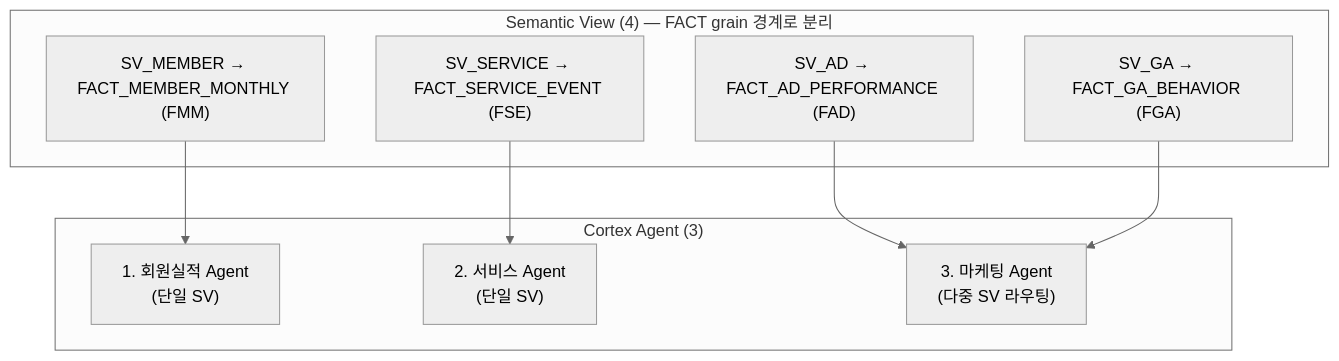
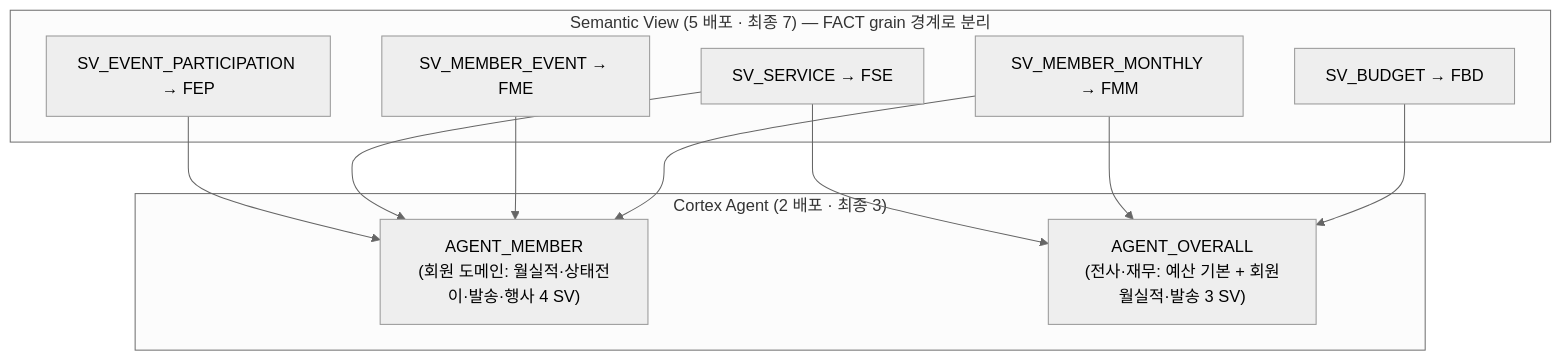
The fourth of 4 diagrams in 02_GN_DW_building/05_ARCHITECTURE.md (cih0802/snowflake_files), drawn with Mermaid (neutral theme) before and after one commit. The commit also changed other lines of this file and 45 other files, not shown here.

````diff
--- a/02_GN_DW_building/05_ARCHITECTURE.md
+++ b/02_GN_DW_building/05_ARCHITECTURE.md
@@ -161,18 +162,21 @@
 ```mermaid
 flowchart TB
-  subgraph SV["Semantic View (4) — FACT grain 경계로 분리"]
-    SVM["SV_MEMBER → FACT_MEMBER_MONTHLY (FMM)"]
-    SVS["SV_SERVICE → FACT_SERVICE_EVENT (FSE)"]
-    SVA["SV_AD → FACT_AD_PERFORMANCE (FAD)"]
-    SVG["SV_GA → FACT_GA_BEHAVIOR (FGA)"]
+  subgraph SV["Semantic View (5 배포 · 최종 7) — FACT grain 경계로 분리"]
+    SVM["SV_MEMBER_MONTHLY → FMM"]
+    SVE["SV_MEMBER_EVENT → FME"]
+    SVS["SV_SERVICE → FSE"]
+    SVP["SV_EVENT_PARTICIPATION → FEP"]
+    SVB["SV_BUDGET → FBD"]
   end
-  subgraph AG["Cortex Agent (3)"]
-    A1["1. 회원실적 Agent<br/>(단일 SV)"]
-    A2["2. 서비스 Agent<br/>(단일 SV)"]
-    A3["3. 마케팅 Agent<br/>(다중 SV 라우팅)"]
+  subgraph AG["Cortex Agent (2 배포 · 최종 3)"]
+    A1["AGENT_MEMBER<br/>(회원 도메인: 월실적·상태전이·발송·행사 4 SV)"]
+    A2["AGENT_OVERALL<br/>(전사·재무: 예산 기본 + 회원월실적·발송 3 SV)"]
   end
   SVM --> A1
+  SVE --> A1
+  SVS --> A1
+  SVP --> A1
+  SVB --> A2
+  SVM --> A2
   SVS --> A2
-  SVA --> A3
-  SVG --> A3
 ```
````
